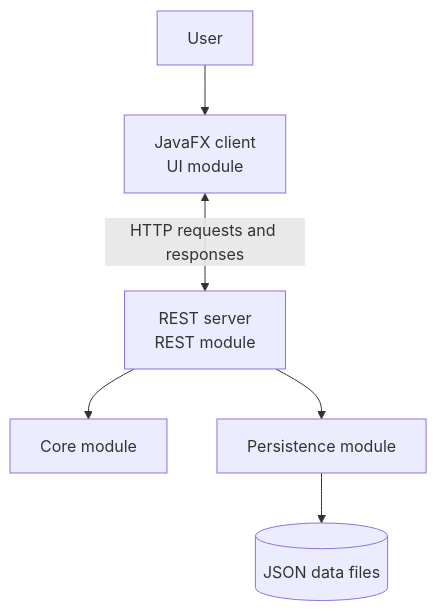
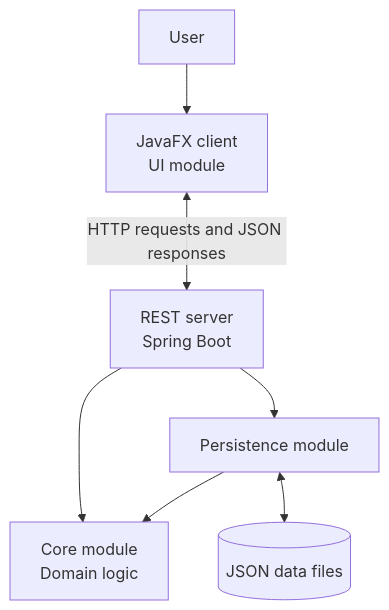
Before and after one commit to jasmingolzari/Dinnertracker: the diagram in dinnertracker/README.md, drawn with Mermaid. The commit also changed other lines of this file and 8 other files, not shown here.

````diff
--- a/dinnertracker/README.md
+++ b/dinnertracker/README.md
@@ -96,15 +107,16 @@
 ```mermaid
 flowchart TD
     USER[User]
-    UI[JavaFX client<br/>UI module]
-    REST[REST server<br/>REST module]
-    CORE[Core module]
-    PERSISTENCE[Persistence module]
-    DATA[(JSON data files)]
+    UI["JavaFX client<br/>UI module"]
+    REST["REST server<br/>Spring Boot"]
+    CORE["Core module<br/>Domain logic"]
+    PERSISTENCE["Persistence module"]
+    JSON[("JSON data files")]
 
     USER --> UI
-    UI <-->|HTTP requests and responses| REST
+    UI <-->|HTTP requests and JSON responses| REST
     REST --> CORE
     REST --> PERSISTENCE
-    PERSISTENCE --> DATA
+    PERSISTENCE <--> JSON
+    PERSISTENCE --> CORE
 ```
````
